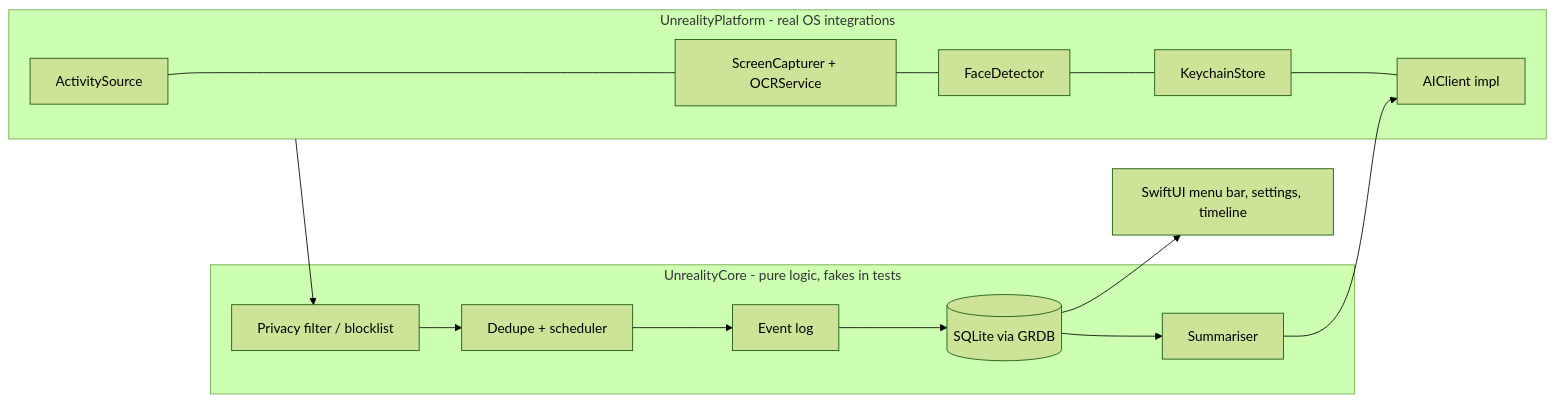
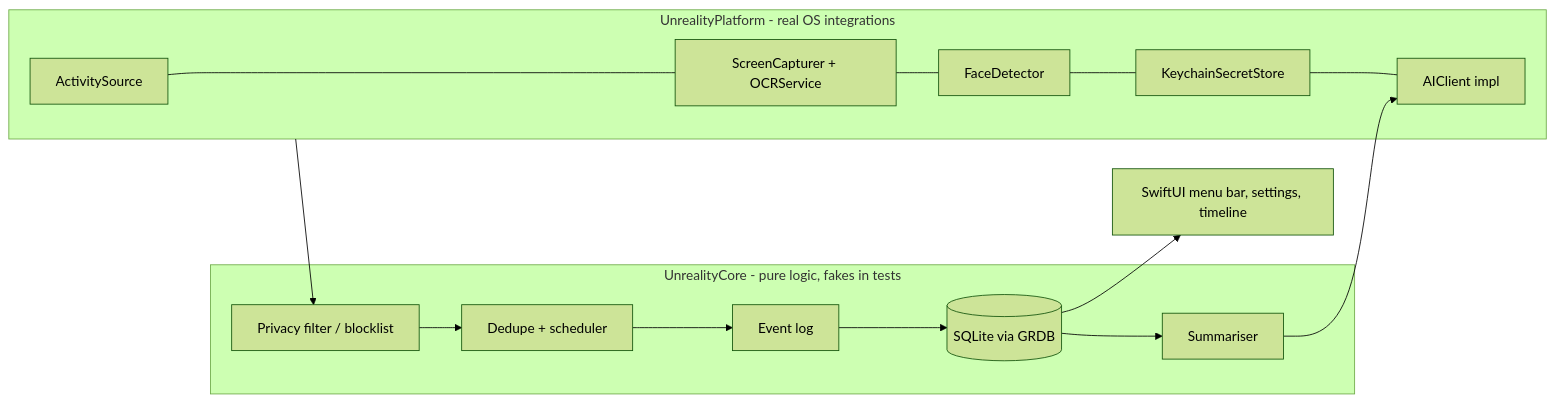
One commit to lemacarl/unreality changed the diagram in docs/ARCHITECTURE.md. Above: the diagram before and after it, drawn with Mermaid (forest theme). The commit also changed other lines of this file and 7 other files, not shown here.

First line of the commit message:
feat: Keychain secret store behind a protocol (#14) (#53)

````diff
--- a/docs/ARCHITECTURE.md
+++ b/docs/ARCHITECTURE.md
@@ -5,15 +5,15 @@
 ```mermaid
 flowchart LR
   subgraph Platform[UnrealityPlatform - real OS integrations]
-    A[ActivitySource] --- S[ScreenCapturer + OCRService] --- F[FaceDetector] --- K[KeychainStore] --- C[AIClient impl]
+    A[ActivitySource] --- S[ScreenCapturer + OCRService] --- F[FaceDetector] --- K[KeychainSecretStore] --- C[AIClient impl]
   end
   subgraph Core[UnrealityCore - pure logic, fakes in tests]
     P[Privacy filter / blocklist] --> D[Dedupe + scheduler]
     D --> L[Event log]
     L --> DB[(SQLite via GRDB)]
     DB --> SUM[Summariser]
   end
   Platform --> P
   SUM --> C
   DB --> UI[SwiftUI menu bar, settings, timeline]
 ```
````
